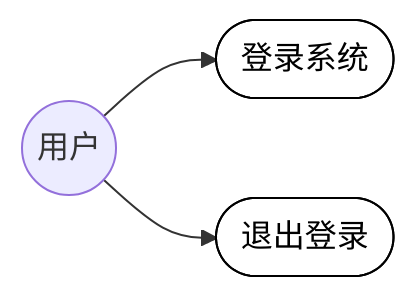
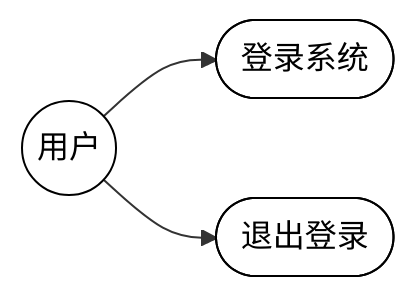
Before and after one commit to carl-Tu/campus-management: the first of 24 diagrams in docs/功能需求分析与用例图.md, drawn with Mermaid. The commit also changed other lines of this file, not shown here.

Commit message:
fix：图形统一白色背景黑色边框，样式覆盖全部节点

````diff
--- a/docs/功能需求分析与用例图.md
+++ b/docs/功能需求分析与用例图.md
@@ -21,12 +21,12 @@
 ```mermaid
 flowchart LR
   User(("用户"))
   UC1(["登录系统"])
   UC2(["退出登录"])
 
   User --> UC1
   User --> UC2
 
   classDef uc fill:#ffffff,stroke:#000000,stroke-width:1px,color:#000000
-  class UC1,UC2 uc
+  class User,UC1,UC2 uc
 ```
````
